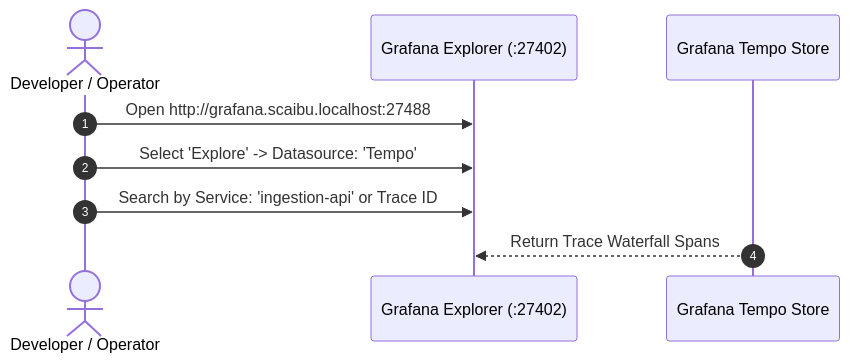
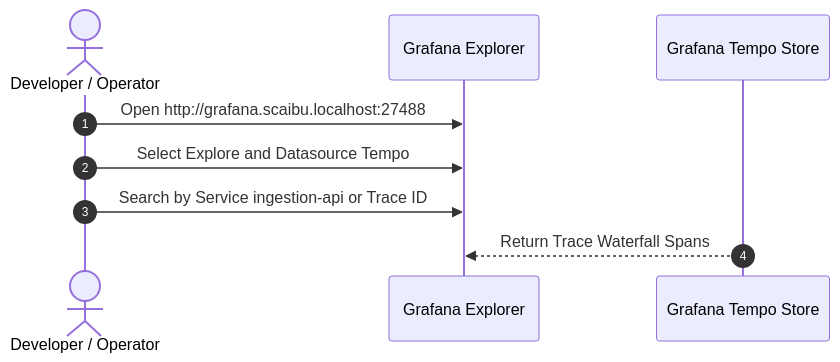
One commit to Chief-Strategist-J/messaging-pipeline changed the fifth of 5 diagrams in README.md. Above: the diagram before and after it, drawn with Mermaid. The commit also changed other lines of this file, not shown here.

Commit message:
fix: resolve GitHub Mermaid parser error by removing parens from arrow labels

````diff
--- a/README.md
+++ b/README.md
@@ -133,12 +133,12 @@
 ```mermaid
 sequenceDiagram
     autonumber
     actor Dev as Developer / Operator
-    participant UI as Grafana Explorer (:27402)
+    participant UI as Grafana Explorer
     participant Tempo as Grafana Tempo Store
 
     Dev->>UI: Open http://grafana.scaibu.localhost:27488
-    Dev->>UI: Select 'Explore' -> Datasource: 'Tempo'
-    Dev->>UI: Search by Service: 'ingestion-api' or Trace ID
+    Dev->>UI: Select Explore and Datasource Tempo
+    Dev->>UI: Search by Service ingestion-api or Trace ID
     Tempo-->>UI: Return Trace Waterfall Spans
 ```
````
